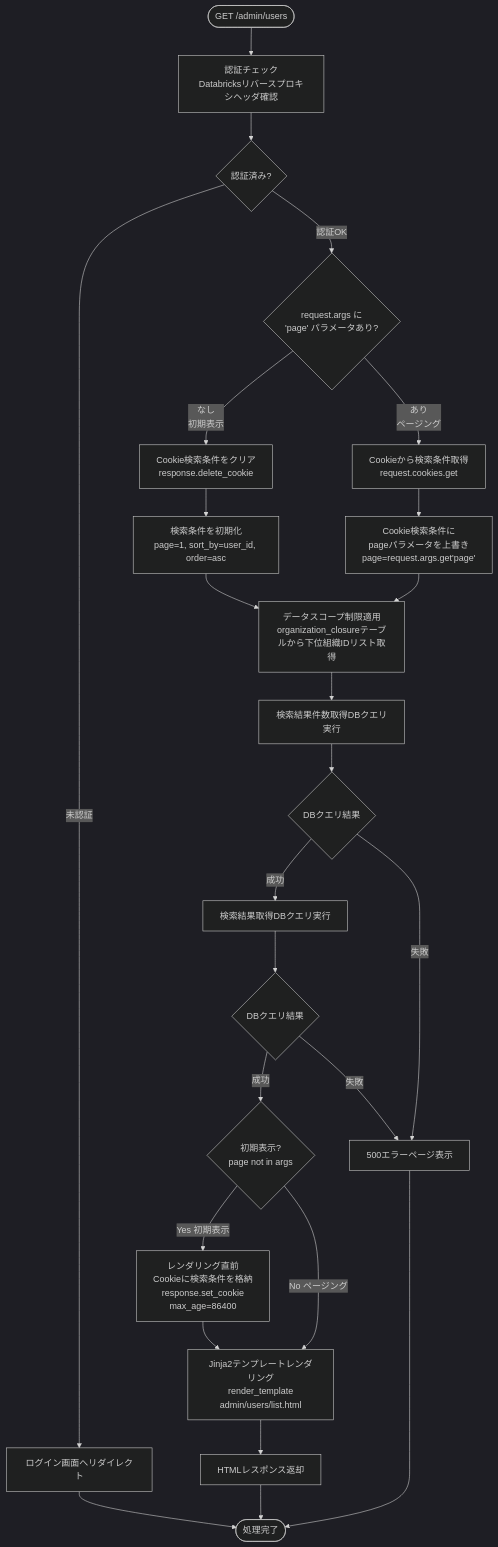
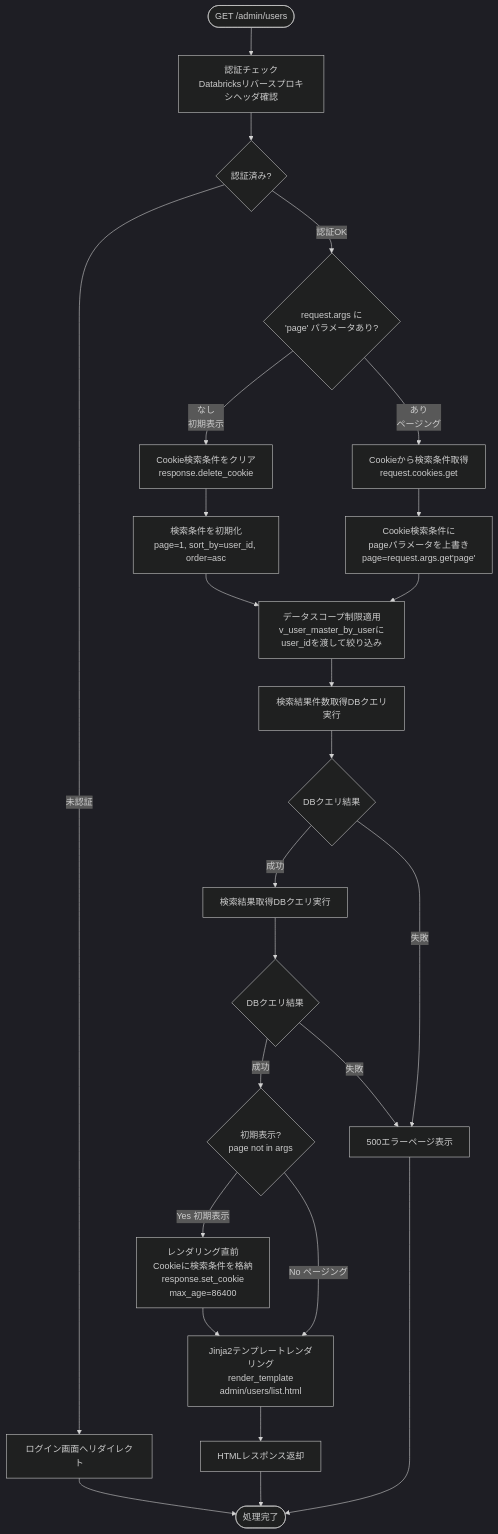
The first of 8 diagrams in docs/03-features/flask-app/users/workflow-specification.md (NSW-SVCP-AIWG002/Databricks-IoT), drawn with Mermaid (dark theme) before and after one commit. The commit also changed other lines of this file, not shown here.

````diff
--- a/docs/03-features/flask-app/users/workflow-specification.md
+++ b/docs/03-features/flask-app/users/workflow-specification.md
@@ -161,38 +161,38 @@
 ```mermaid
 flowchart TD
     Start([GET /admin/users]) --> Auth[認証チェック<br>Databricksリバースプロキシヘッダ確認]
     Auth --> CheckAuth{認証済み?}
     CheckAuth -->|未認証| LoginRedirect[ログイン画面へリダイレクト]
 
     CheckAuth -->|認証OK| CheckPage{request.args に<br>'page' パラメータあり?}
 
     CheckPage -->|なし<br>初期表示| ClearCookie[Cookie検索条件をクリア<br>response.delete_cookie]
     CheckPage -->|あり<br>ページング| GetCookie[Cookieから検索条件取得<br>request.cookies.get]
 
     ClearCookie --> InitParams[検索条件を初期化<br>page=1, sort_by=user_id, order=asc]
     GetCookie --> OverridePage[Cookie検索条件に<br>pageパラメータを上書き<br>page=request.args.get'page']
 
-    InitParams --> Scope[データスコープ制限適用<br>organization_closureテーブルから下位組織IDリスト取得]
+    InitParams --> Scope[データスコープ制限適用<br>v_user_master_by_userにuser_idを渡して絞り込み]
     OverridePage --> Scope
 
     Scope --> Count[検索結果件数取得DBクエリ実行]
     Count --> CheckDB0{DBクエリ結果}
 
     CheckDB0 -->|成功| Query[検索結果取得DBクエリ実行]
     CheckDB0 -->|失敗| Error500[500エラーページ表示]
 
     Query --> CheckDB{DBクエリ結果}
 
     CheckDB -->|成功| CheckInitial{初期表示?<br>page not in args}
     CheckDB -->|失敗| Error500
 
     CheckInitial -->|Yes 初期表示| SaveCookie[レンダリング直前<br>Cookieに検索条件を格納<br>response.set_cookie<br>max_age=86400]
     CheckInitial -->|No ページング| Template[Jinja2テンプレートレンダリング<br>render_template<br>admin/users/list.html]
 
     SaveCookie --> Template
     Template --> Response[HTMLレスポンス返却]
 
     LoginRedirect --> End([処理完了])
     Response --> End
     Error500 --> End
 ```
````
